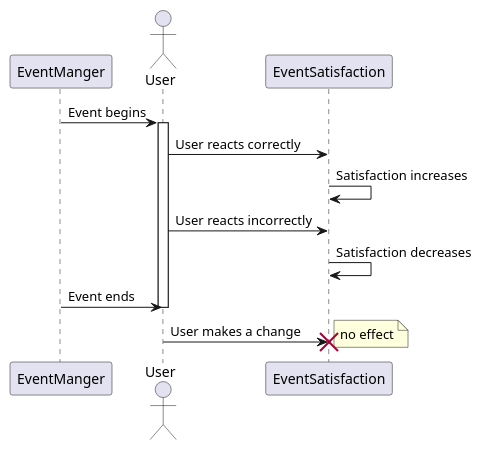
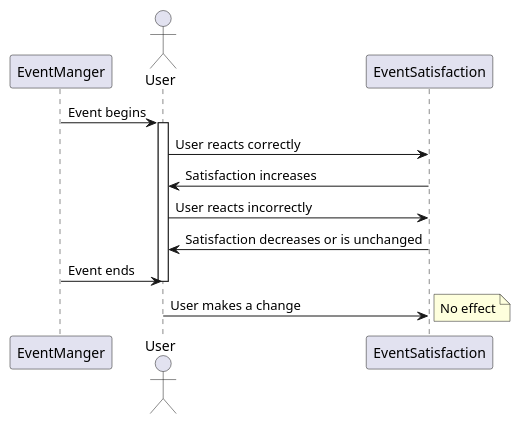
One commit to ENG1-Cohort2-Group9/Assessment-2 changed the diagram in game/docs/Events-and-response.puml. Above: the diagram before and after it, drawn with PlantUML.

Commit message:
Tweaked diagram

```diff
--- a/game/docs/Events-and-response.puml
+++ b/game/docs/Events-and-response.puml
@@ -1,17 +1,17 @@
 @startuml
 'https://plantuml.com/sequence-diagram
 participant EventManger
 actor User
 
 EventManger -> User : Event begins
 activate User
 User -> EventSatisfaction : User reacts correctly
-EventSatisfaction -> EventSatisfaction : Satisfaction increases
+EventSatisfaction -> User : Satisfaction increases
 User -> EventSatisfaction : User reacts incorrectly
-EventSatisfaction -> EventSatisfaction : Satisfaction decreases
+EventSatisfaction -> User : Satisfaction decreases or is unchanged
 EventManger -> User : Event ends
 deactivate User
-User -> EventSatisfaction !! : User makes a change
-note right : no effect
+User -> EventSatisfaction : User makes a change
+note right : No effect
 
 @enduml
```
